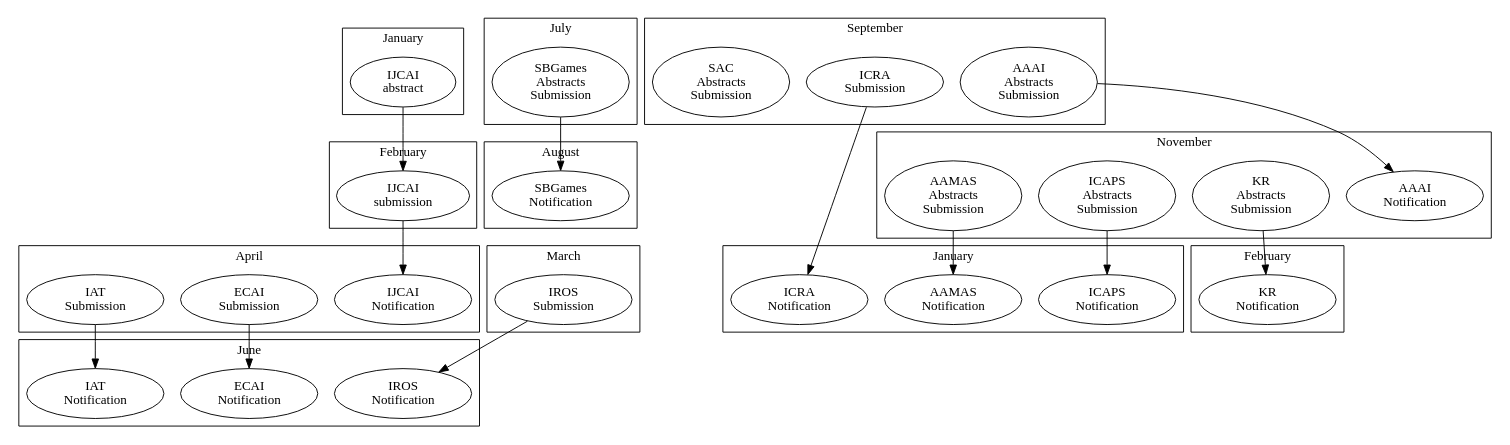
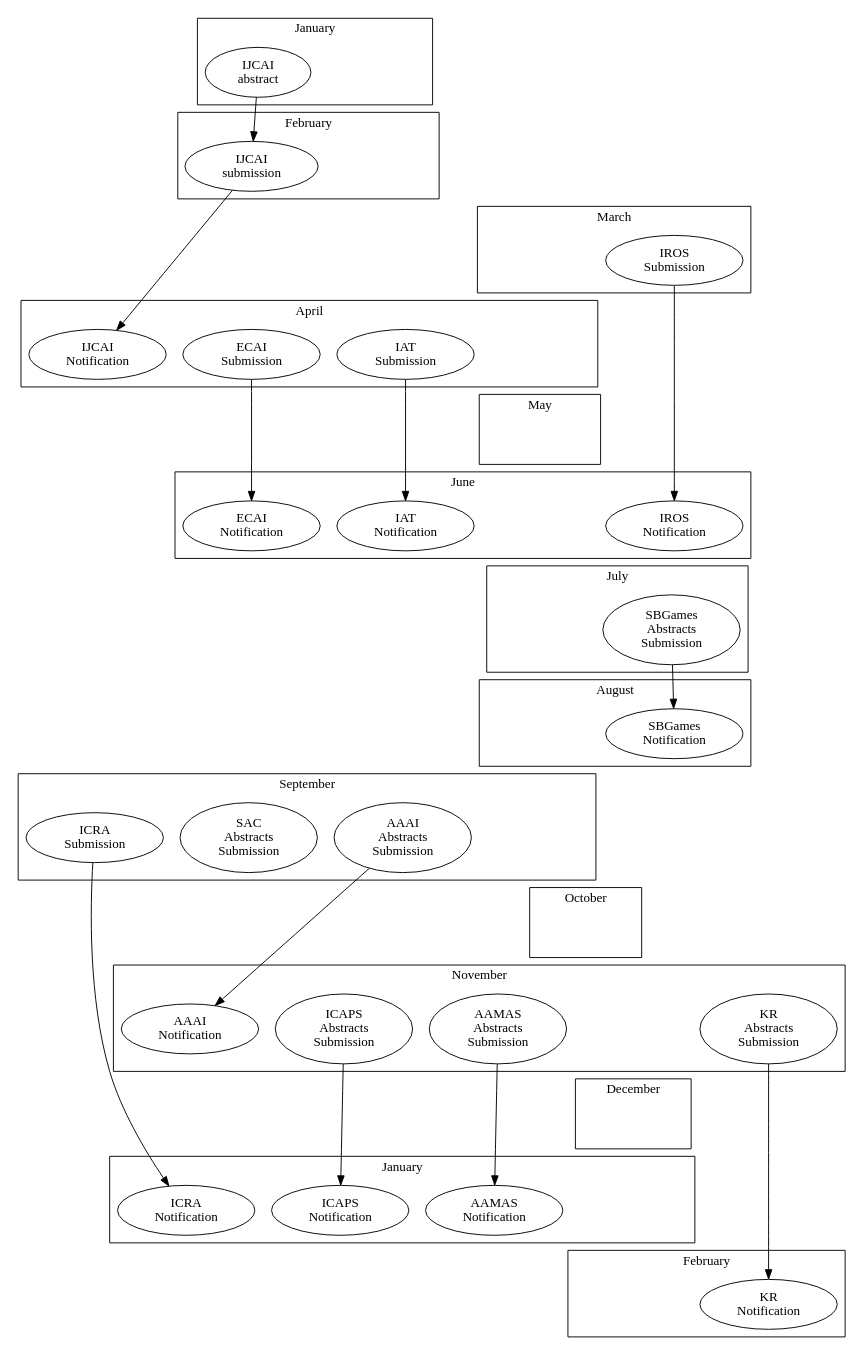
Before and after one commit to lsa-pucrs/asg-meetings: the diagram in noticeboard/conferences.dot, drawn with Graphviz. The commit also changed 3 other files, not shown here.

```diff
--- a/noticeboard/conferences.dot
+++ b/noticeboard/conferences.dot
@@ -1,136 +1,164 @@
 digraph g{
 	rankdir=TD;
 	
 	subgraph cluster_jan {
 /*			style=filled;*/
 /*			color=lightgrey;*/
 /*			node [style=filled,color=white];*/
 			ijcaiA[label="IJCAI \n abstract"];
 			label = "January";
+			node_jan [style=invis];
 	}
 	
 	subgraph cluster_feb {
 /*			style=filled;*/
 /*			color=lightgrey;*/
 /*			node [style=filled,color=white];*/
 			ijcaiS[label="IJCAI \n submission"];
 			label = "February";
+			node_feb [style=invis];
 	}
 	
 	subgraph cluster_mar {
 /*			style=filled;*/
 /*			color=lightgrey;*/
 /*			node [style=filled,color=white];*/
 			irosS[label="IROS \n Submission"];
 			label = "March";
+			node_mar [style=invis];
 	}
 	
 	subgraph cluster_apr {
 /*			style=filled;*/
 /*			color=lightgrey;*/
 /*			node [style=filled,color=white];*/
 			ijcaiN[label="IJCAI \n Notification"];
 			ecaiS[label="ECAI \n Submission"];
 			iatS[label="IAT \n Submission"];
 			label = "April";
+			node_apr [style=invis];
 	}
 	
 	subgraph cluster_may {
 /*			style=filled;*/
 /*			color=lightgrey;*/
 /*			node [style=filled,color=white];*/
 			label = "May";
+			node_may [style=invis];
 	}
 	
 	subgraph cluster_jun {
 /*			style=filled;*/
 /*			color=lightgrey;*/
 /*			node [style=filled,color=white];*/
 			irosN[label="IROS \n Notification"];
 			ecaiN[label="ECAI \n Notification"];
 			iatN[label="IAT \n Notification"];
 			label = "June";
+			node_jun [style=invis];
 	}
 	
 	subgraph cluster_jul {
 /*			style=filled;*/
 /*			color=lightgrey;*/
 /*			node [style=filled,color=white];*/
 			sbgamesS[label="SBGames \n Abstracts \n Submission"];
 			label = "July";
+			node_jul [style=invis];
 	}
 	
 	subgraph cluster_aug {
 /*			style=filled;*/
 /*			color=lightgrey;*/
 /*			node [style=filled,color=white];*/
 			sbgamesN[label="SBGames \n Notification"];
 			label = "August";
+			node_aug [style=invis];
 	}
 	
 	subgraph cluster_sep {
 /*			style=filled;*/
 /*			color=lightgrey;*/
 /*			node [style=filled,color=white];*/
 			icraS[label="ICRA \n Submission"];
 			aaaiS[label="AAAI \n Abstracts \n Submission"];
 			sacS[label="SAC \n Abstracts \n Submission"];
 			label = "September";
+			node_sep [style=invis];
 	}
 	
 	subgraph cluster_oct {
 /*			style=filled;*/
 /*			color=lightgrey;*/
 /*			node [style=filled,color=white];*/
 			label = "October";
+			node_oct [style=invis];
 	}
 	
 	subgraph cluster_nov {
 /*			style=filled;*/
 /*			color=lightgrey;*/
 /*			node [style=filled,color=white];*/
 			aaaiN[label="AAAI \n Notification"];
 			krS[label="KR \n Abstracts \n Submission"];
 			icapsS[label="ICAPS \n Abstracts \n Submission"];
 			aamasS[label="AAMAS \n Abstracts \n Submission"];
 			label = "November";
+			node_nov [style=invis];
 	}
 
 	subgraph cluster_dec {
 /*			style=filled;*/
 /*			color=lightgrey;*/
 /*			node [style=filled,color=white];*/
 			label = "December";
+			node_dec [style=invis];
 	}
 	
 	subgraph cluster_jan2 {
 /*			style=filled;*/
 /*			color=lightgrey;*/
 /*			node [style=filled,color=white];*/
 			icapsN[label="ICAPS \n Notification"];
 			icraN[label="ICRA \n Notification"];
 			aamasN[label="AAMAS \n Notification"];
 			label = "January";
+			node_jan2 [style=invis];
 	}
 	
 	subgraph cluster_feb2 {
 /*			style=filled;*/
 /*			color=lightgrey;*/
 /*			node [style=filled,color=white];*/
 			krN[label="KR \n Notification"]
 	
 			label = "February";
+			node_feb2 [style=invis];
 	}
 	
 	ijcaiA -> ijcaiS -> ijcaiN;
 	krS -> krN;
 	icapsS -> icapsN;
 	icraS -> icraN;
 	aaaiS -> aaaiN;
 	sbgamesS -> sbgamesN;
 	irosS -> irosN;
 	aamasS -> aamasN;
 	ecaiS -> ecaiN;
 	iatS -> iatN;
 
+	node_jan -> node_feb [style=invis];
+	node_feb -> node_mar [style=invis];
+	node_mar -> node_apr [style=invis];
+	node_apr -> node_may [style=invis];
+	node_may -> node_jun [style=invis];
+	node_jun -> node_jul [style=invis];
+	node_jul -> node_aug [style=invis];
+	node_aug -> node_sep [style=invis];
+	node_sep -> node_oct [style=invis];
+	node_oct -> node_nov [style=invis];
+	node_nov -> node_dec [style=invis];
+	node_dec -> node_jan2 [style=invis];
+	node_jan2 -> node_feb2 [style=invis];
+
 }
```
